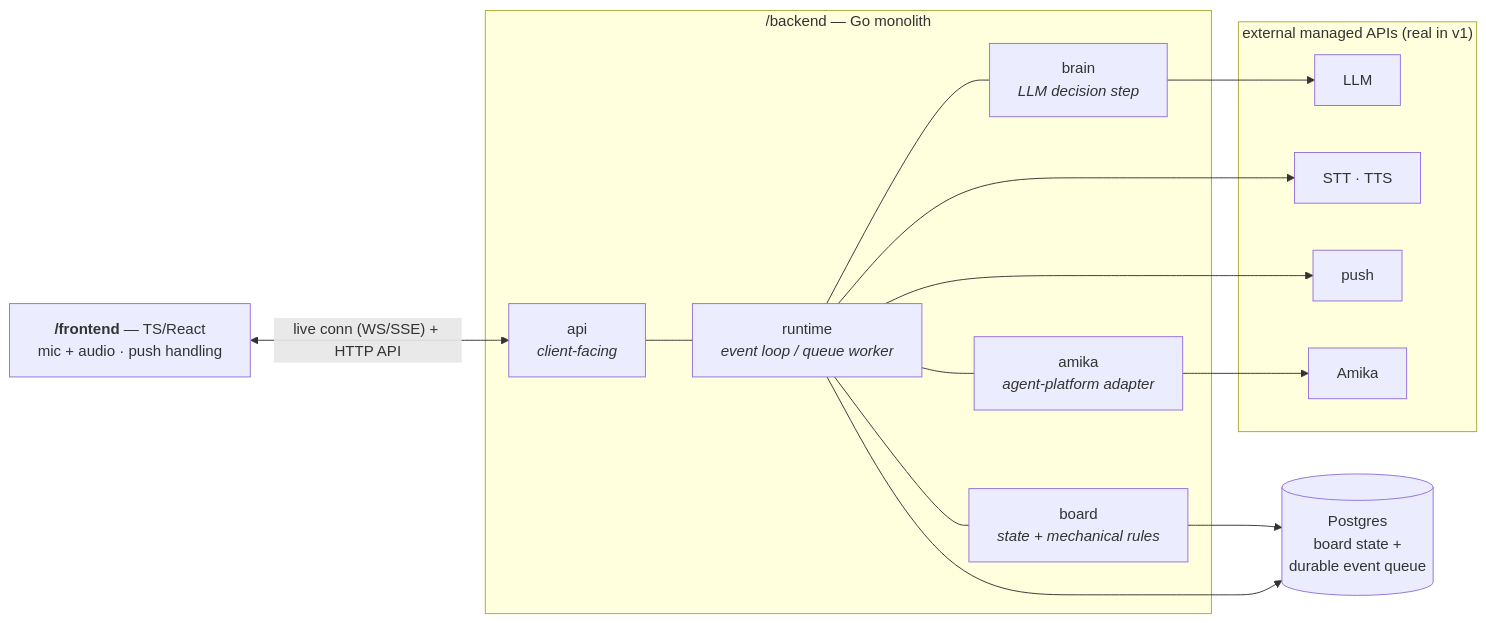
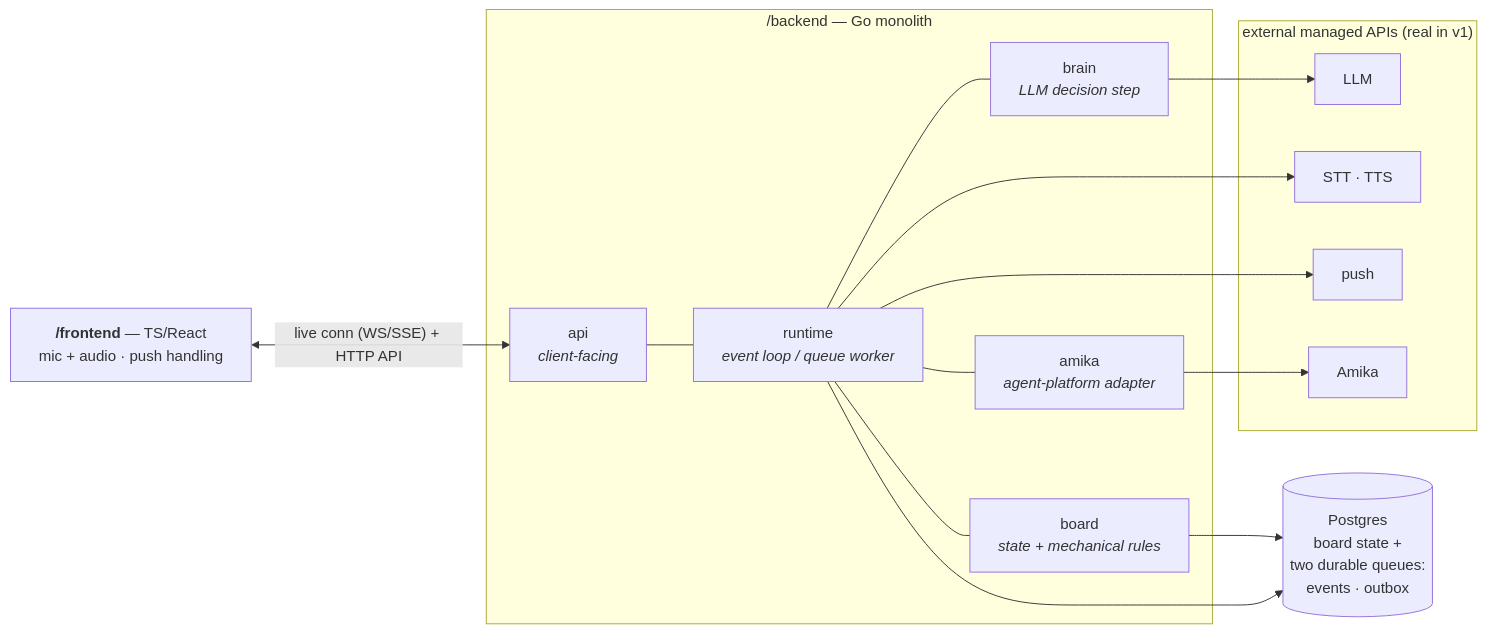
The first of 2 diagrams in docs/specs/02-initial-technical-architecture.md (crabtree-michael/kiln), drawn with Mermaid before and after one commit. The commit also changed other lines of this file, not shown here.

Commit message:
Clarify 02's two durable queues and add per-surface Topology sub-sections

````diff
--- a/docs/specs/02-initial-technical-architecture.md
+++ b/docs/specs/02-initial-technical-architecture.md
@@ -68,33 +68,33 @@
 ```mermaid
 flowchart LR
     client["<b>/frontend</b> — TS/React<br/>mic + audio · push handling"]
 
     subgraph backend["/backend — Go monolith"]
         api["api<br/><i>client-facing</i>"]
         runtime["runtime<br/><i>event loop / queue worker</i>"]
         brain["brain<br/><i>LLM decision step</i>"]
         board["board<br/><i>state + mechanical rules</i>"]
         amika["amika<br/><i>agent-platform adapter</i>"]
     end
 
-    db[("Postgres<br/>board state +<br/>durable event queue")]
+    db[("Postgres<br/>board state +<br/>two durable queues:<br/>events · outbox")]
 
     subgraph ext["external managed APIs (real in v1)"]
         llm["LLM"]
         voice["STT · TTS"]
         push["push"]
         amikaAPI["Amika"]
     end
 
     client <-->|"live conn (WS/SSE) + HTTP API"| api
     api --- runtime
     runtime --- brain
     runtime --- board
     runtime --- amika
     board --> db
     runtime --> db
     brain --> llm
     runtime --> voice
     runtime --> push
     amika --> amikaAPI
 ```
````
